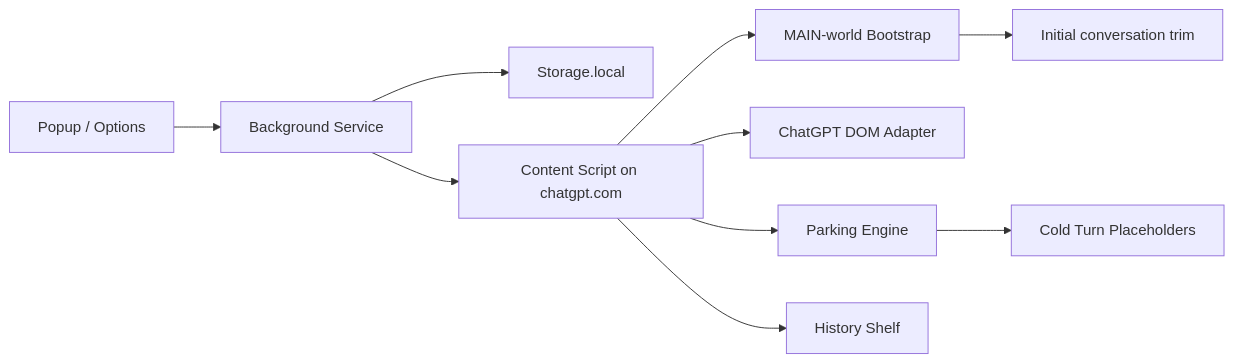
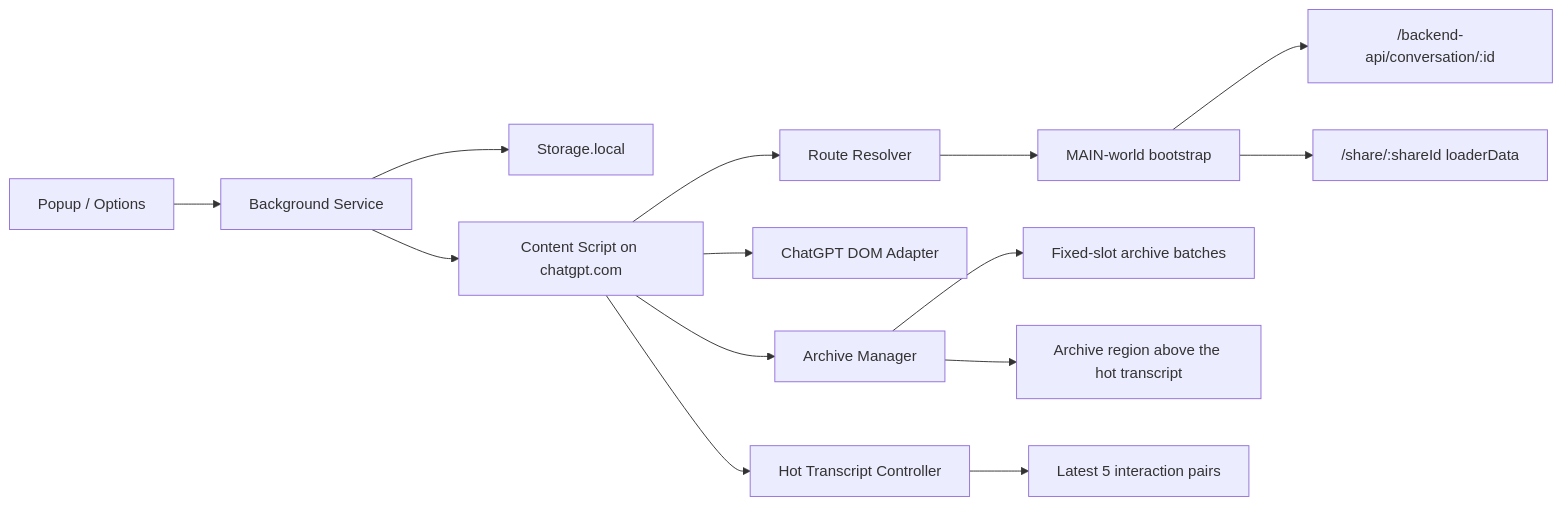
Before and after one commit to mo2g/ChatGPT-TurboRender: the diagram in docs/architecture.md, drawn with Mermaid. The commit also changed other lines of this file and 1 other file, not shown here.

Commit message:
perf: update architecture.md

````diff
--- a/docs/architecture.md
+++ b/docs/architecture.md
@@ -37,12 +38,16 @@
 ```mermaid
 flowchart LR
   A["Popup / Options"] --> B["Background Service"]
   B --> C["Storage.local"]
   B --> D["Content Script on chatgpt.com"]
-  D --> E["MAIN-world Bootstrap"]
+  D --> E["Route Resolver"]
   D --> F["ChatGPT DOM Adapter"]
-  D --> G["Parking Engine"]
-  D --> H["History Shelf"]
-  E --> I["Initial conversation trim"]
-  G --> J["Cold Turn Placeholders"]
+  D --> G["Archive Manager"]
+  D --> H["Hot Transcript Controller"]
+  E --> I["MAIN-world bootstrap"]
+  I --> J["/backend-api/conversation/:id"]
+  I --> K["/share/:shareId loaderData"]
+  G --> L["Fixed-slot archive batches"]
+  H --> M["Latest 5 interaction pairs"]
+  G --> N["Archive region above the hot transcript"]
 ```
````
